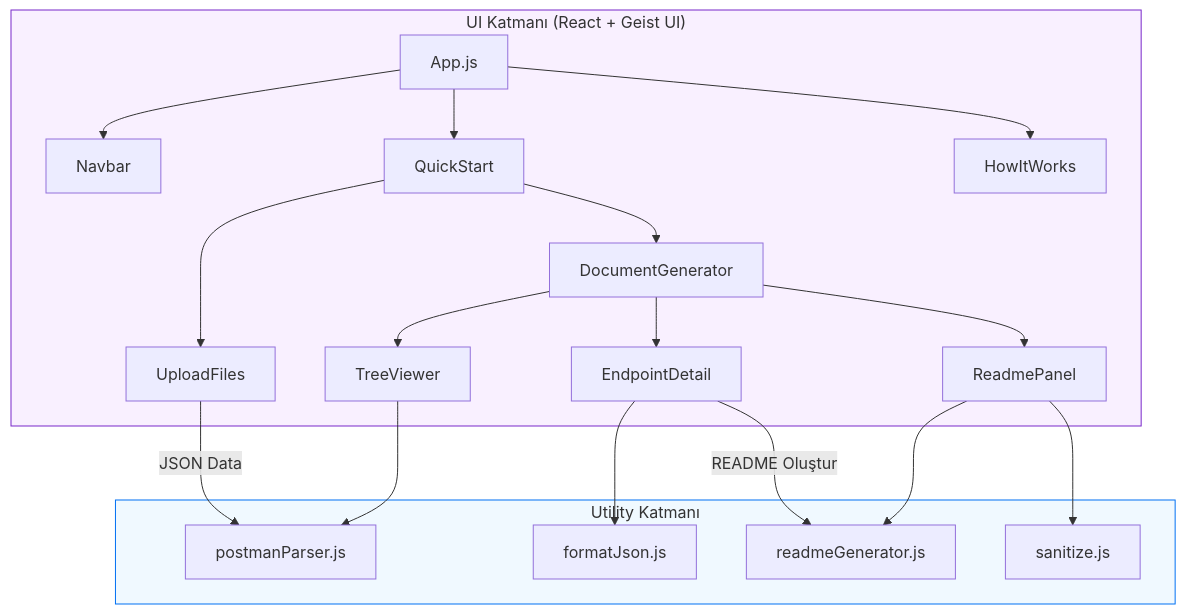
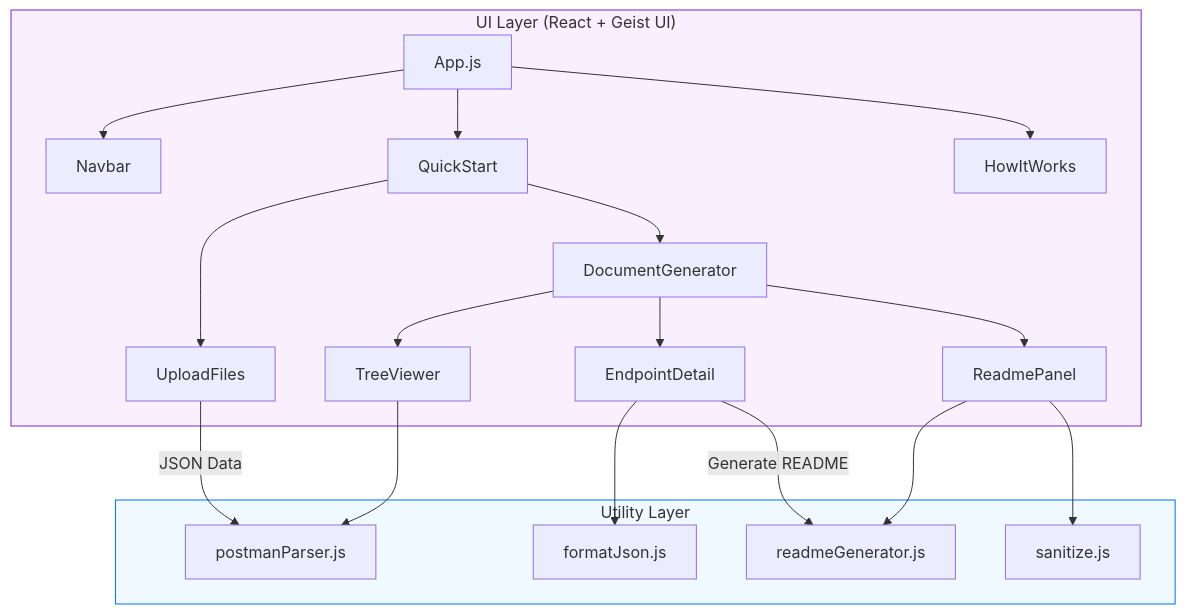
Before and after one commit to muratdemirci/docwiz: the second of 4 diagrams in README.md, drawn with Mermaid. The commit also changed other lines of this file, not shown here.

````diff
--- a/README.md
+++ b/README.md
@@ -69,39 +69,39 @@
 ```mermaid
 graph TD
-    subgraph UI["UI Katmanı (React + Geist UI)"]
+    subgraph UI["UI Layer (React + Geist UI)"]
         App[App.js]
         Nav[Navbar]
         QS[QuickStart]
         HW[HowItWorks]
         UF[UploadFiles]
         DG[DocumentGenerator]
         TV[TreeViewer]
         ED[EndpointDetail]
         RP[ReadmePanel]
     end
 
-    subgraph Utils["Utility Katmanı"]
+    subgraph Utils["Utility Layer"]
         PP[postmanParser.js]
         RG[readmeGenerator.js]
         FJ[formatJson.js]
         SN[sanitize.js]
     end
 
     App --> Nav
     App --> QS
     App --> HW
     QS --> UF
     QS --> DG
     UF -->|JSON Data| PP
     DG --> TV
     DG --> ED
     DG --> RP
     TV --> PP
     ED --> FJ
-    ED -->|README Oluştur| RG
+    ED -->|Generate README| RG
     RP --> RG
     RP --> SN
 
     style UI fill:#f9f0ff,stroke:#7928ca
     style Utils fill:#f0f9ff,stroke:#0070f3
 ```
````
